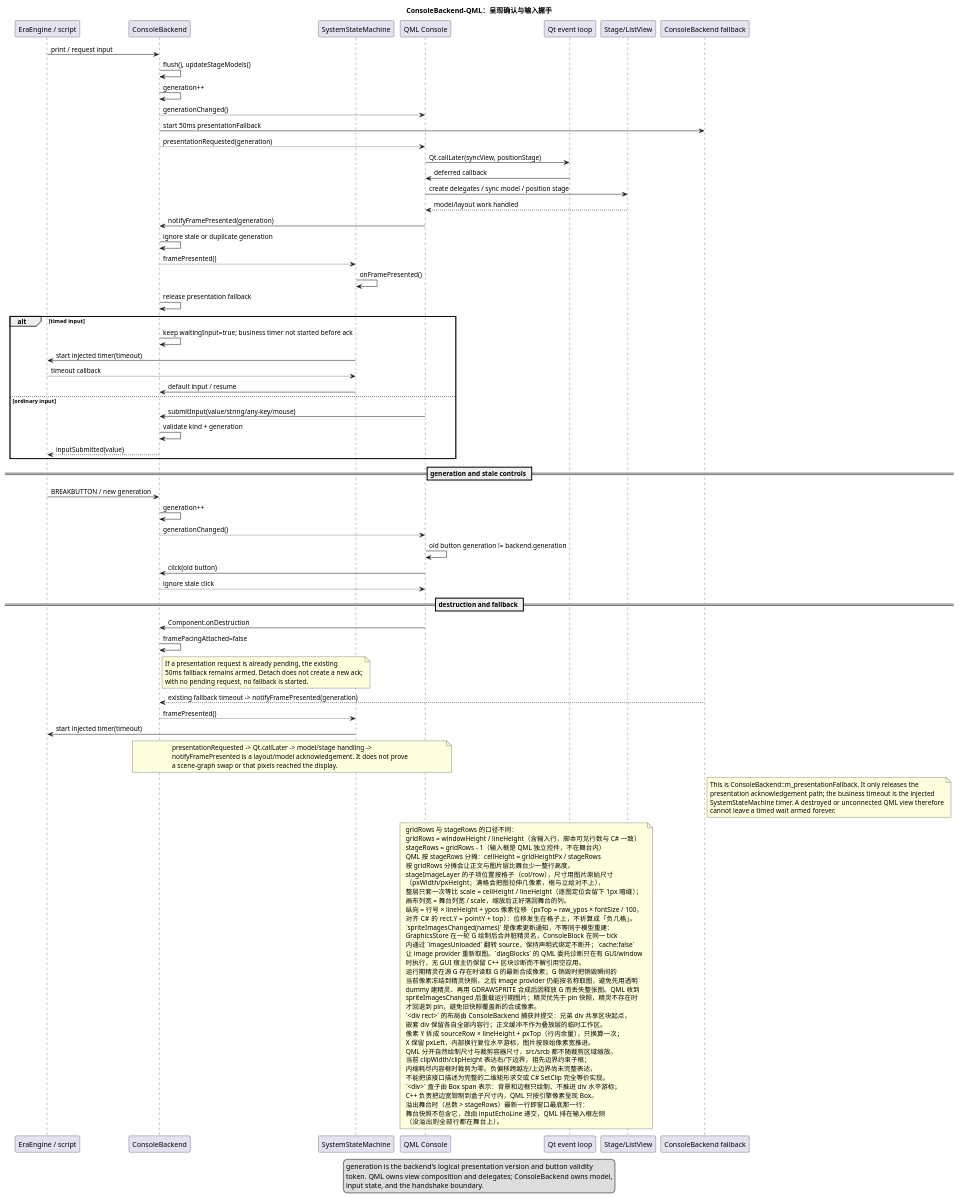
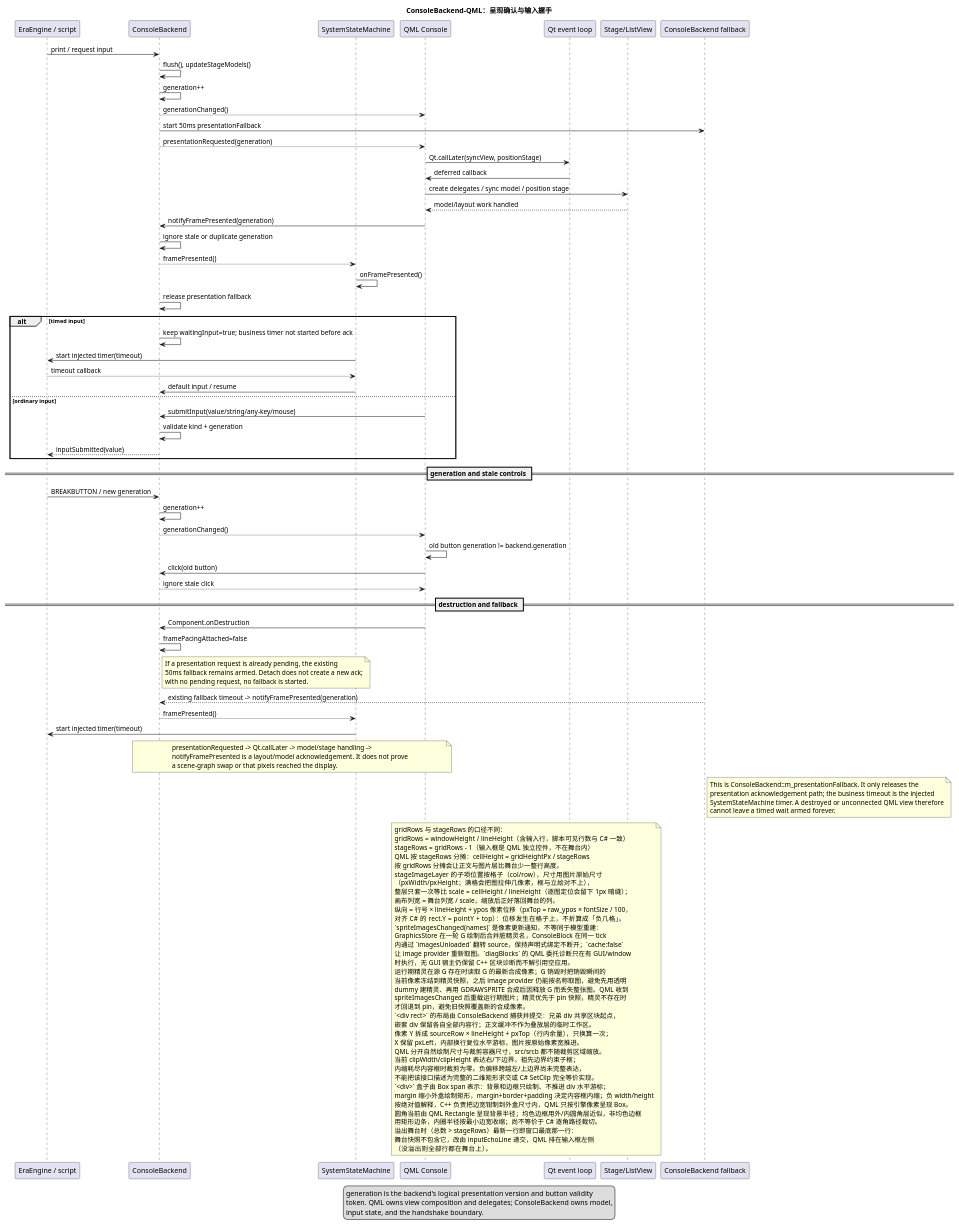
One commit to yigekuyou/qt-eraemu changed the diagram in docs/uml/15-console-qml-handshake.puml. Above: the diagram before and after it, drawn with PlantUML. The commit also changed 4 other files, not shown here.

```diff
--- a/docs/uml/15-console-qml-handshake.puml
+++ b/docs/uml/15-console-qml-handshake.puml
@@ -1,119 +1,122 @@
 @startuml 15-console-qml-handshake
 !pragma layout smetana
 ' ConsoleBackend 与 QML 的 presentation/input 握手。
 ' 来源：GameView/console_backend.h/.cpp, qml/Console.qml, qml/ConsoleBlock.qml
 
 title ConsoleBackend-QML：呈现确认与输入握手
 
 participant "EraEngine / script" as E
 participant "ConsoleBackend" as B
 participant "SystemStateMachine" as S
 participant "QML Console" as C
 participant "Qt event loop" as Qt
 participant "Stage/ListView" as V
 participant "ConsoleBackend fallback" as F
 
 E -> B : print / request input
 B -> B : flush(), updateStageModels()
 B -> B : generation++
 B --> C : generationChanged()
 B -> F : start 50ms presentationFallback
 B --> C : presentationRequested(generation)
 C -> Qt : Qt.callLater(syncView, positionStage)
 Qt -> C : deferred callback
 C -> V : create delegates / sync model / position stage
 V --> C : model/layout work handled
 C -> B : notifyFramePresented(generation)
 B -> B : ignore stale or duplicate generation
 B --> S : framePresented()
 S -> S : onFramePresented()
 B -> B : release presentation fallback
 
 alt timed input
   B -> B : keep waitingInput=true; business timer not started before ack
   S -> E : start injected timer(timeout)
   E --> S : timeout callback
   S -> B : default input / resume
 else ordinary input
   C -> B : submitInput(value/string/any-key/mouse)
   B -> B : validate kind + generation
   B --> E : inputSubmitted(value)
 end
 
 == generation and stale controls ==
 E -> B : BREAKBUTTON / new generation
 B -> B : generation++
 B --> C : generationChanged()
 C -> C : old button generation != backend.generation
 C -> B : click(old button)
 B --> C : ignore stale click
 
 == destruction and fallback ==
 C -> B : Component.onDestruction
 B -> B : framePacingAttached=false
 note right of B
   If a presentation request is already pending, the existing
   50ms fallback remains armed. Detach does not create a new ack;
   with no pending request, no fallback is started.
 end note
 F --> B : existing fallback timeout -> notifyFramePresented(generation)
 B --> S : framePresented()
 S -> E : start injected timer(timeout)
 
 note over B,C
   presentationRequested -> Qt.callLater -> model/stage handling ->
   notifyFramePresented is a layout/model acknowledgement. It does not prove
   a scene-graph swap or that pixels reached the display.
 end note
 
 note right of F
   This is ConsoleBackend::m_presentationFallback. It only releases the
   presentation acknowledgement path; the business timeout is the injected
   SystemStateMachine timer. A destroyed or unconnected QML view therefore
   cannot leave a timed wait armed forever.
 end note
 
 
 note over C,V
   gridRows 与 stageRows 的口径不同：
   gridRows  = windowHeight / lineHeight（含输入行，脚本可见行数与 C# 一致）
   stageRows = gridRows - 1（输入框是 QML 独立控件，不在舞台内）
   QML 按 stageRows 分摊：cellHeight = gridHeightPx / stageRows
   按 gridRows 分摊会让正文与图片层比舞台少一整行高度。
   stageImageLayer 的子项位置按格子（col/row），尺寸用图片原始尺寸
   （pxWidth/pxHeight；满格会把图拉伸几像素，框与立絵对不上），
   整层只套一次等比 scale = cellHeight / lineHeight（逐图定位会留下 1px 暗缝）；
   画布列宽 = 舞台列宽 / scale，缩放后正好落回舞台的列。
   纵向 = 行号 × lineHeight + ypos 像素位移（pxTop = raw_ypos × fontSize / 100，
   对齐 C# 的 rect.Y = pointY + top）：位移发生在格子上，不折算成「负几格」。
   `spriteImagesChanged(names)` 是像素更新通知，不等同于模型重建：
   GraphicsStore 在一轮 G 绘制后合并脏精灵名，ConsoleBlock 在同一 tick
   内通过 `imagesUnloaded` 翻转 source，保持声明式绑定不断开；`cache:false`
   让 image provider 重新取图。`diagBlocks` 的 QML 委托诊断只在有 GUI/window
   时执行，无 GUI 宿主仍保留 C++ 区块诊断而不解引用空应用。
   运行期精灵在源 G 存在时读取 G 的最新合成像素；G 销毁时把销毁瞬间的
   当前像素冻结到精灵快照，之后 image provider 仍能按名称取图，避免先用透明
   dummy 建精灵、再用 GDRAWSPRITE 合成后因释放 G 而丢失整张图。QML 收到
   spriteImagesChanged 后重载运行期图片；精灵优先于 pin 快照，精灵不存在时
   才回退到 pin，避免旧快照覆盖新的合成像素。
   `<div rect>` 的布局由 ConsoleBackend 捕获并提交：兄弟 div 共享区块起点，
   嵌套 div 保留各自全部内容行；正文缓冲不作为叠放层的临时工作区。
   像素 Y 拆成 sourceRow × lineHeight + pxTop（行内余量），只换算一次；
   X 保留 pxLeft，内部换行复位水平游标，图片按原始像素宽推进。
   QML 分开自然绘制尺寸与裁剪容器尺寸，src/srcb 都不随裁剪区域缩放。
   当前 clipWidth/clipHeight 表达右/下边界，祖先边界约束子框；
   内缩耗尽内容框时裁剪为零。负偏移跨越左/上边界尚未完整表达，
   不能把该接口描述为完整的二维矩形求交或 C# SetClip 完全等价实现。
   `<div>` 盒子由 Box span 表示：背景和边框只绘制、不推进 div 水平游标；
-  C++ 负责把边宽钳制到盒子尺寸内，QML 只按引擎像素呈现 Box。
+  margin 缩小外盒绘制矩形，margin+border+padding 决定内容框内缩；负 width/height
+  按绝对值解释，C++ 负责把边宽钳制到外盒尺寸内，QML 只按引擎像素呈现 Box。
+  圆角当前由 QML Rectangle 呈现背景半径；均色边框用外/内圆角层近似，非均色边框
+  用矩形边条，内圈半径按最小边宽收缩；尚不等价于 C# 逐角路径裁切。
   溢出舞台时（总数 > stageRows）最新一行即窗口最底那一行：
   舞台快照不包含它，改由 inputEchoLine 递交，QML 排在输入框左侧
   （没溢出则全部行都在舞台上）。
 end note
 
 legend bottom
   generation is the backend's logical presentation version and button validity
   token. QML owns view composition and delegates; ConsoleBackend owns model,
   input state, and the handshake boundary.
 endlegend
 @enduml
```
